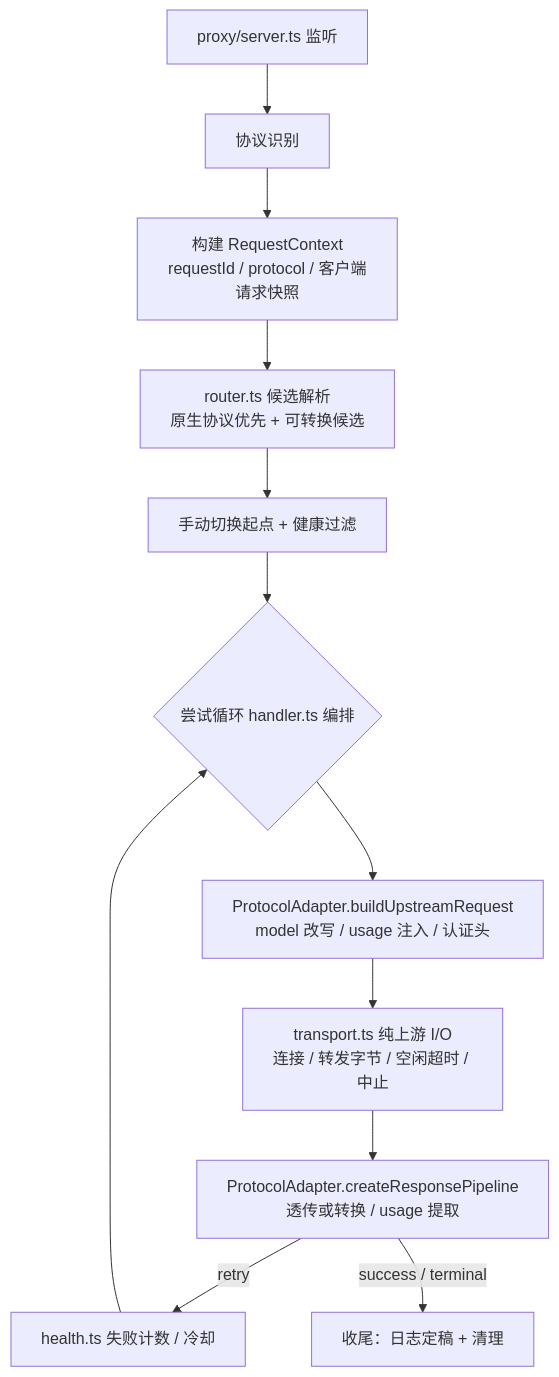
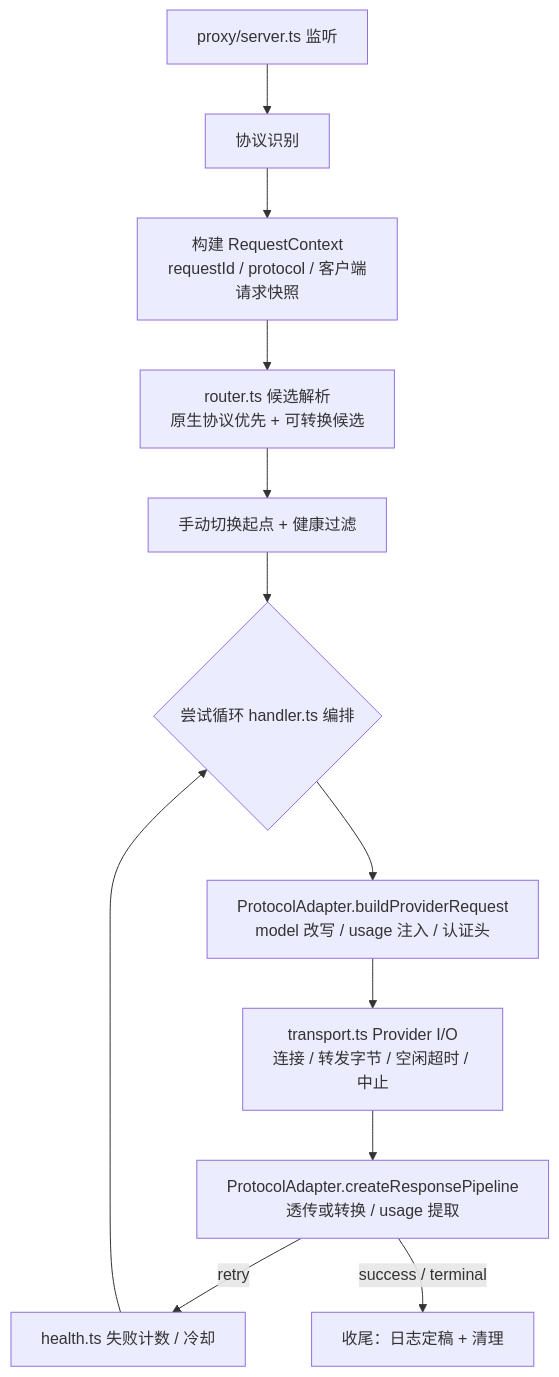
Before and after one commit to yinxulai/one-switch: the diagram in specs/proxy.md, drawn with Mermaid. The commit also changed other lines of this file and 7 other files, not shown here.

Commit message:
docs: 定稿 ProviderModel 端点绑定与请求用量观测设计

````diff
--- a/specs/proxy.md
+++ b/specs/proxy.md
@@ -13,13 +13,13 @@
 ```mermaid
 flowchart TD
     A[proxy/server.ts 监听] --> B[协议识别]
     B --> C[构建 RequestContext<br/>requestId / protocol / 客户端请求快照]
     C --> D[router.ts 候选解析<br/>原生协议优先 + 可转换候选]
     D --> E[手动切换起点 + 健康过滤]
     E --> F{尝试循环 handler.ts 编排}
-    F --> G[ProtocolAdapter.buildUpstreamRequest<br/>model 改写 / usage 注入 / 认证头]
-    G --> H[transport.ts 纯上游 I/O<br/>连接 / 转发字节 / 空闲超时 / 中止]
+    F --> G[ProtocolAdapter.buildProviderRequest<br/>model 改写 / usage 注入 / 认证头]
+    G --> H[transport.ts Provider I/O<br/>连接 / 转发字节 / 空闲超时 / 中止]
     H --> I[ProtocolAdapter.createResponsePipeline<br/>透传或转换 / usage 提取]
     I -->|retry| J[health.ts 失败计数 / 冷却] --> F
     I -->|success / terminal| K[收尾：日志定稿 + 清理]
 ```
````
